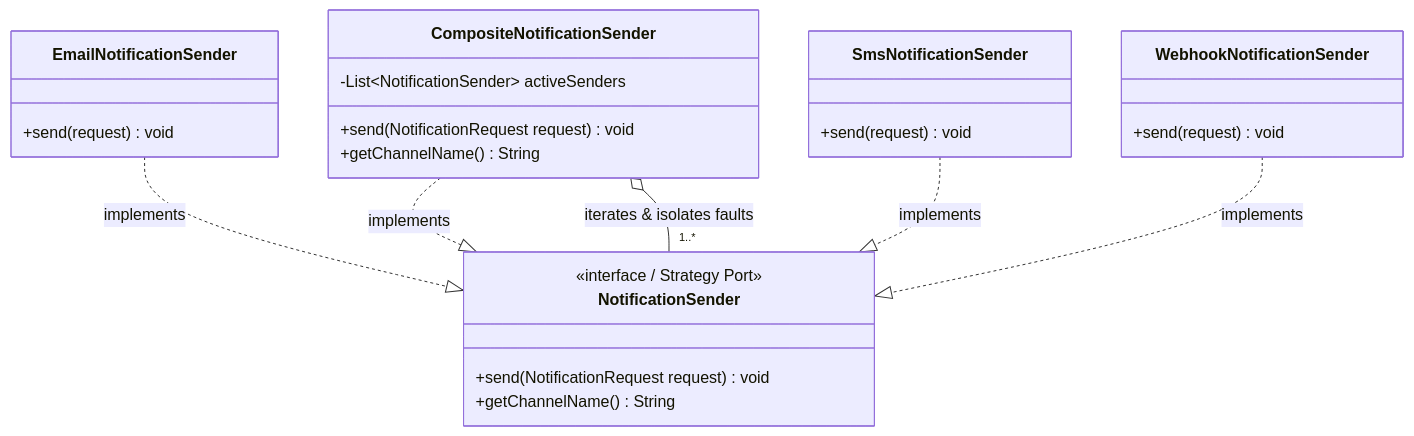
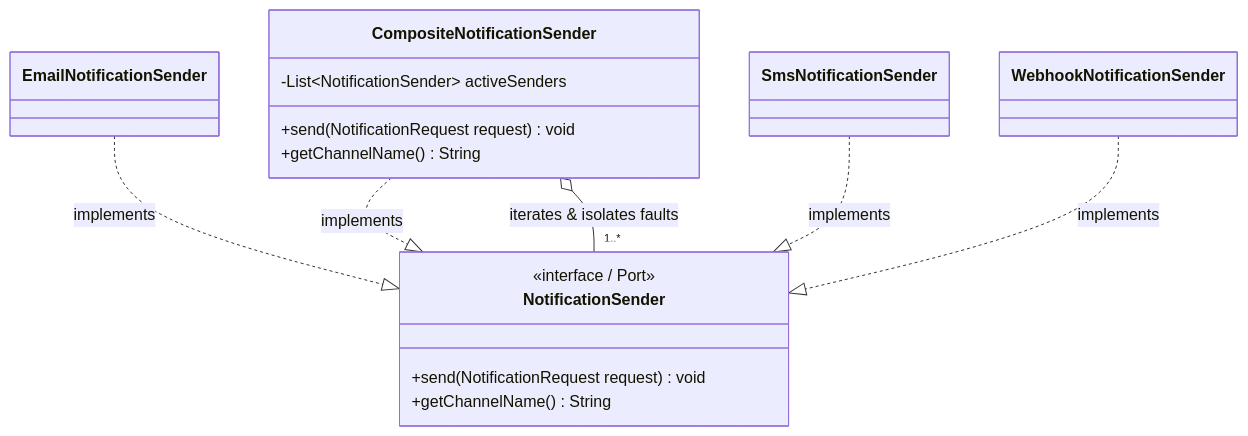
The third of 4 diagrams in Docs/ARQSOFT/system-to-be/architectural-patterns.md (RafaelBrandao04/psoft-project-2026-1), drawn with Mermaid before and after one commit. The commit also changed other lines of this file and 8 other files, not shown here.

Commit message:
docs(arqsoft): sync architecture and testing docs with codebase and remove theoretical bloat

````diff
--- a/Docs/ARQSOFT/system-to-be/architectural-patterns.md
+++ b/Docs/ARQSOFT/system-to-be/architectural-patterns.md
@@ -139,29 +84,23 @@
 ```mermaid
 classDiagram
     direction TB
     class NotificationSender {
-        <<interface / Strategy Port>>
+        <<interface / Port>>
         +send(NotificationRequest request) void
         +getChannelName() String
     }
     class CompositeNotificationSender {
         -List~NotificationSender~ activeSenders
         +send(NotificationRequest request) void
         +getChannelName() String
     }
-    class EmailNotificationSender {
-        +send(request) void
-    }
-    class SmsNotificationSender {
-        +send(request) void
-    }
-    class WebhookNotificationSender {
-        +send(request) void
-    }
+    class EmailNotificationSender
+    class SmsNotificationSender
+    class WebhookNotificationSender
 
     CompositeNotificationSender ..|> NotificationSender : implements
     EmailNotificationSender ..|> NotificationSender : implements
     SmsNotificationSender ..|> NotificationSender : implements
     WebhookNotificationSender ..|> NotificationSender : implements
     CompositeNotificationSender o-- "1..*" NotificationSender : iterates & isolates faults
 ```
````
